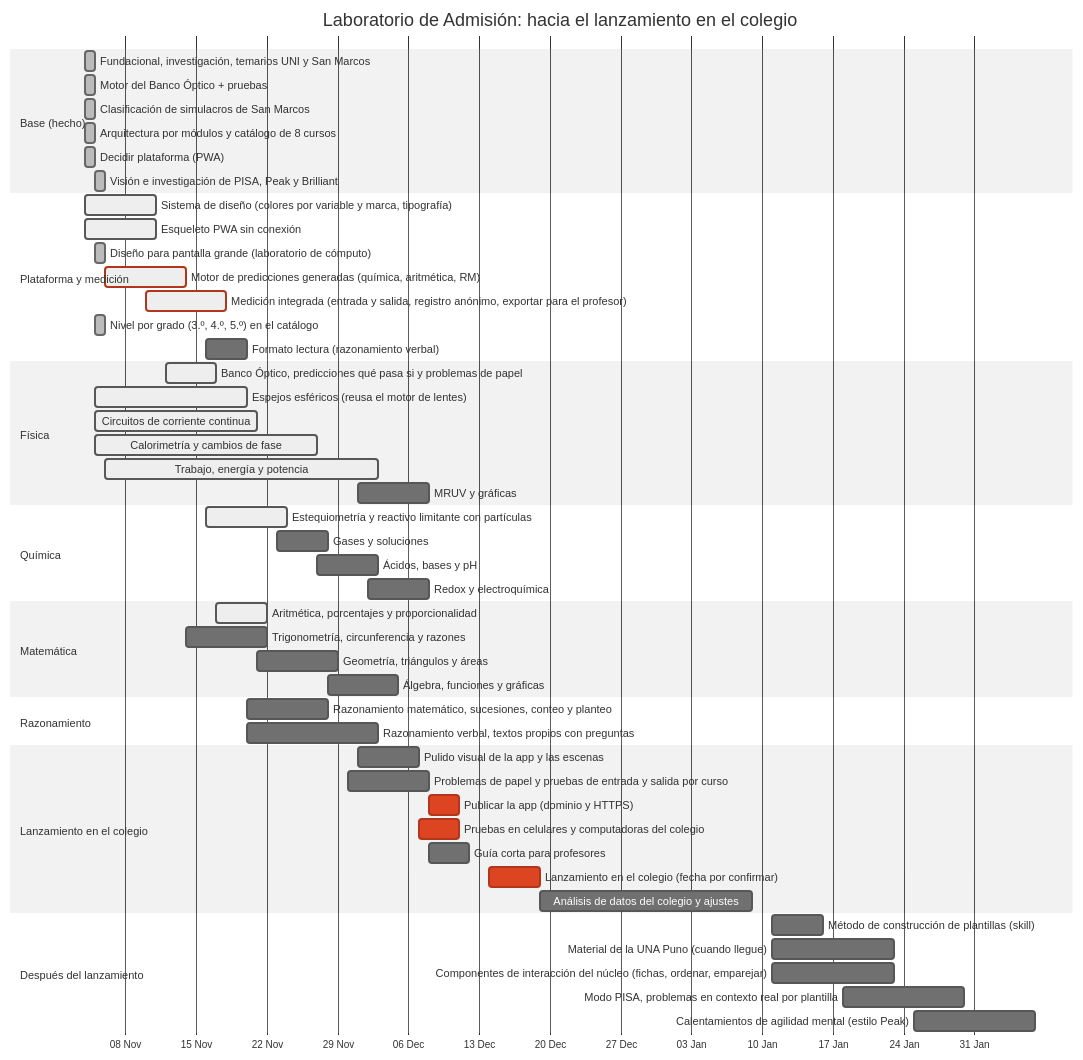
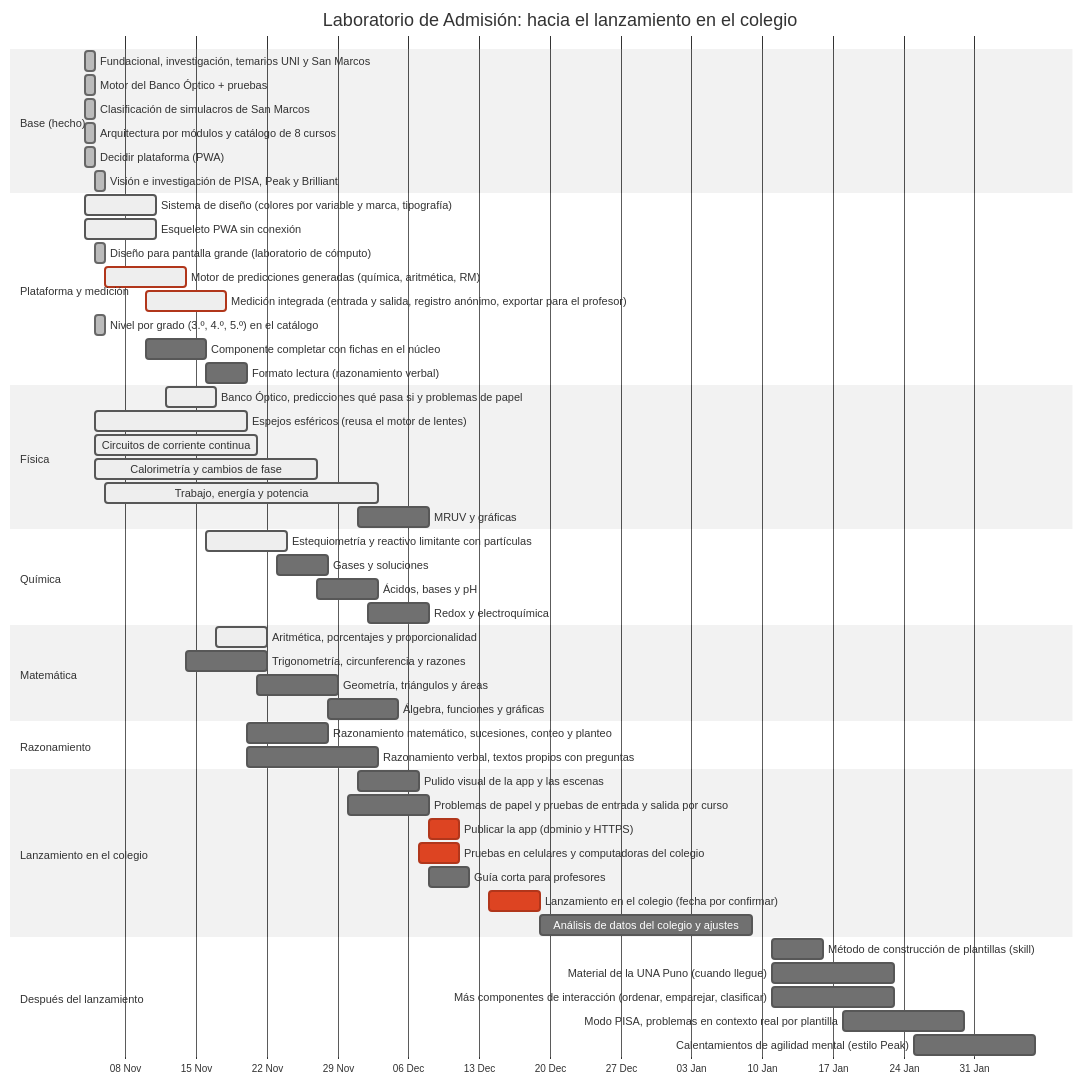
Before and after one commit to Eltiokarma/Mesa-de-Estudios: the diagram in docs/hoja-de-ruta.md, drawn with Mermaid (neutral theme). The commit also changed other lines of this file and 2 other files, not shown here.

Commit message:
Hoja de ruta: componente de fichas (pl7) antes del lanzamiento; el formato lectura depende de él
Claude-Session: https://claude.ai/code/session_01P39d2zJ3QUYMWCh94VgtTb

````diff
--- a/docs/hoja-de-ruta.md
+++ b/docs/hoja-de-ruta.md
@@ -53,63 +53,64 @@
 ```mermaid
 gantt
     title Laboratorio de Admisión: hacia el lanzamiento en el colegio
     dateFormat  YYYY-MM-DD
     axisFormat  %d %b
 
     section Base (hecho)
     Fundacional, investigación, temarios UNI y San Marcos :done, f0a, 2026-11-04, 2026-11-05
     Motor del Banco Óptico + pruebas :done, f0b, 2026-11-04, 2026-11-05
     Clasificación de simulacros de San Marcos :done, f0c, 2026-11-04, 2026-11-05
     Arquitectura por módulos y catálogo de 8 cursos :done, f0g, 2026-11-04, 2026-11-05
     Decidir plataforma (PWA) :done, f0d, 2026-11-04, 2026-11-05
     Visión e investigación de PISA, Peak y Brilliant :done, f0h, 2026-11-05, 2026-11-06
 
     section Plataforma y medición
     Sistema de diseño (colores por variable y marca, tipografía) :active, f0e, 2026-11-04, 2026-11-11
     Esqueleto PWA sin conexión :active, f0f, 2026-11-04, 2026-11-11
     Diseño para pantalla grande (laboratorio de cómputo) :done, pl1, 2026-11-05, 2026-11-06
     Motor de predicciones generadas (química, aritmética, RM) :active, crit, pl3, 2026-11-06, 2026-11-14
     Medición integrada (entrada y salida, registro anónimo, exportar para el profesor) :active, crit, pl2, 2026-11-10, 2026-11-18
     Nivel por grado (3.º, 4.º, 5.º) en el catálogo :done, pl5, 2026-11-05, 2026-11-06
+    Componente completar con fichas en el núcleo :pl7, 2026-11-10, 2026-11-16
     Formato lectura (razonamiento verbal) :pl4, 2026-11-16, 2026-11-20
 
     section Física
     Banco Óptico, predicciones qué pasa si y problemas de papel :active, fi1, 2026-11-12, 2026-11-17
     Espejos esféricos (reusa el motor de lentes) :active, fi5, 2026-11-05, 2026-11-20
     Circuitos de corriente continua :active, fi2, 2026-11-05, 2026-11-21
     Calorimetría y cambios de fase :active, fi3, 2026-11-05, 2026-11-27
     Trabajo, energía y potencia :active, fi4, 2026-11-06, 2026-12-03
     MRUV y gráficas :fi6, 2026-12-01, 2026-12-08
 
     section Química
     Estequiometría y reactivo limitante con partículas :active, qu1, 2026-11-16, 2026-11-24
     Gases y soluciones :qu2, 2026-11-23, 2026-11-28
     Ácidos, bases y pH :qu3, 2026-11-27, 2026-12-03
     Redox y electroquímica :qu4, 2026-12-02, 2026-12-08
 
     section Matemática
     Aritmética, porcentajes y proporcionalidad :active, ma4, 2026-11-17, 2026-11-22
     Trigonometría, circunferencia y razones :ma1, 2026-11-14, 2026-11-22
     Geometría, triángulos y áreas :ma2, 2026-11-21, 2026-11-29
     Álgebra, funciones y gráficas :ma3, 2026-11-28, 2026-12-05
 
     section Razonamiento
     Razonamiento matemático, sucesiones, conteo y planteo :ra1, 2026-11-20, 2026-11-28
     Razonamiento verbal, textos propios con preguntas :ra2, 2026-11-20, 2026-12-03
 
     section Lanzamiento en el colegio
     Pulido visual de la app y las escenas :pl6, 2026-12-01, 2026-12-07
     Problemas de papel y pruebas de entrada y salida por curso :la1, 2026-11-30, 2026-12-08
     Publicar la app (dominio y HTTPS) :crit, la3, 2026-12-08, 2026-12-11
     Pruebas en celulares y computadoras del colegio :crit, la2, 2026-12-07, 2026-12-11
     Guía corta para profesores :la4, 2026-12-08, 2026-12-12
     Lanzamiento en el colegio (fecha por confirmar) :crit, la5, 2026-12-14, 2026-12-19
     Análisis de datos del colegio y ajustes :la6, 2026-12-19, 2027-01-09
 
     section Después del lanzamiento
     Método de construcción de plantillas (skill) :f2a, 2027-01-11, 2027-01-16
     Material de la UNA Puno (cuando llegue) :f2c, 2027-01-11, 2027-01-23
-    Componentes de interacción del núcleo (fichas, ordenar, emparejar) :f2d, 2027-01-11, 2027-01-23
+    Más componentes de interacción (ordenar, emparejar, clasificar) :f2d, 2027-01-11, 2027-01-23
     Modo PISA, problemas en contexto real por plantilla :f2e, 2027-01-18, 2027-01-30
     Calentamientos de agilidad mental (estilo Peak) :f2f, 2027-01-25, 2027-02-06
 ```
````
